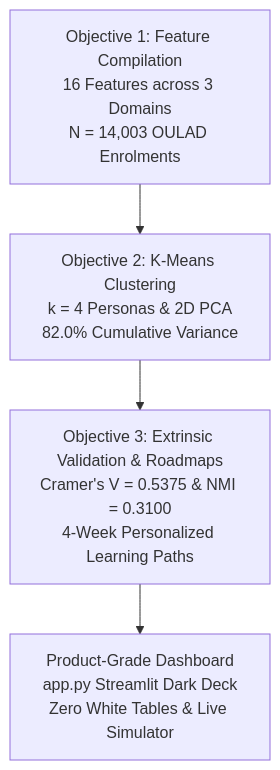
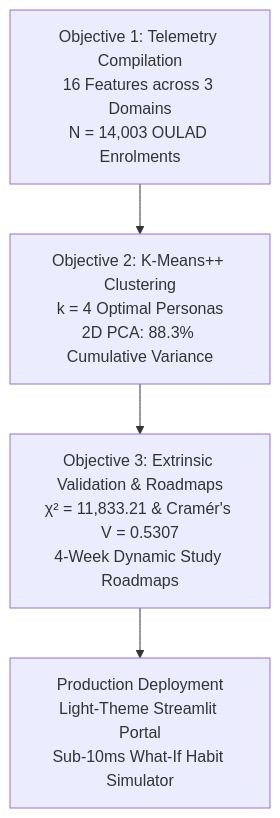
Before and after one commit to parasabhavyaswi/student-engagement-performance-clustering: the diagram in README.md, drawn with Mermaid. The commit also changed other lines of this file, not shown here.

Commit message:
docs: update README with current project architecture, metrics, and report link

````diff
--- a/README.md
+++ b/README.md
@@ -43,6 +44,6 @@
 ```mermaid
 flowchart TD
-    A["Objective 1: Feature Compilation<br>16 Features across 3 Domains<br>N = 14,003 OULAD Enrolments"] --> B["Objective 2: K-Means Clustering<br>k = 4 Personas & 2D PCA<br>82.0% Cumulative Variance"]
-    B --> C["Objective 3: Extrinsic Validation & Roadmaps<br>Cramer's V = 0.5375 & NMI = 0.3100<br>4-Week Personalized Learning Paths"]
-    C --> D["Product-Grade Dashboard<br>app.py Streamlit Dark Deck<br>Zero White Tables & Live Simulator"]
+    A["Objective 1: Telemetry Compilation<br>16 Features across 3 Domains<br>N = 14,003 OULAD Enrolments"] --> B["Objective 2: K-Means++ Clustering<br>k = 4 Optimal Personas<br>2D PCA: 88.3% Cumulative Variance"]
+    B --> C["Objective 3: Extrinsic Validation & Roadmaps<br>χ² = 11,833.21 & Cramér's V = 0.5307<br>4-Week Dynamic Study Roadmaps"]
+    C --> D["Production Deployment<br>Light-Theme Streamlit Portal<br>Sub-10ms What-If Habit Simulator"]
 ```
````
